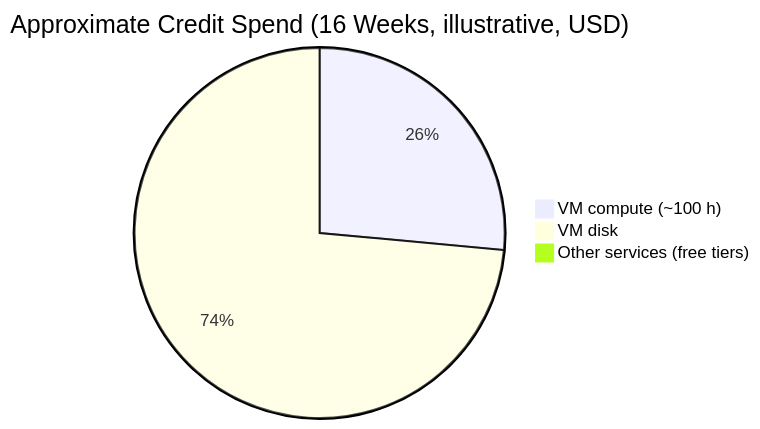
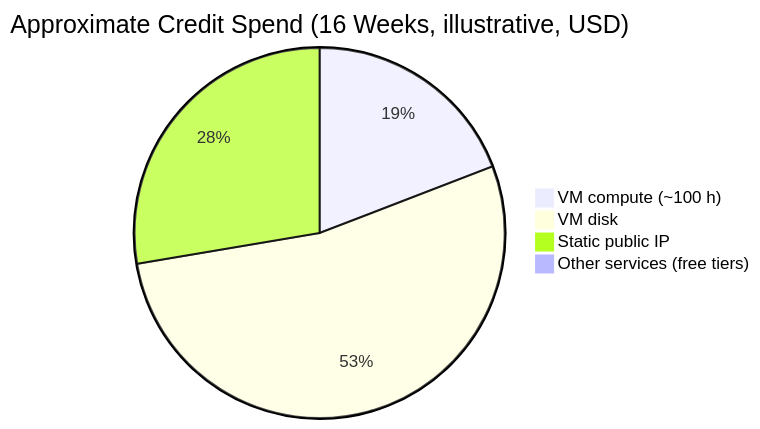
Before and after one commit to dut-pbl6-2026/job-platform-docs: the second of 5 diagrams in docs/srs/en/9-infra-cost-analysis.md, drawn with Mermaid. The commit also changed other lines of this file and 12 other files, not shown here.

````diff
--- a/docs/srs/en/9-infra-cost-analysis.md
+++ b/docs/srs/en/9-infra-cost-analysis.md
@@ -118,6 +120,7 @@
 ```mermaid
 pie title Approximate Credit Spend (16 Weeks, illustrative, USD)
     "VM compute (~100 h)" : 9
     "VM disk" : 25
+    "Static public IP" : 13
     "Other services (free tiers)" : 0
 ```
````
